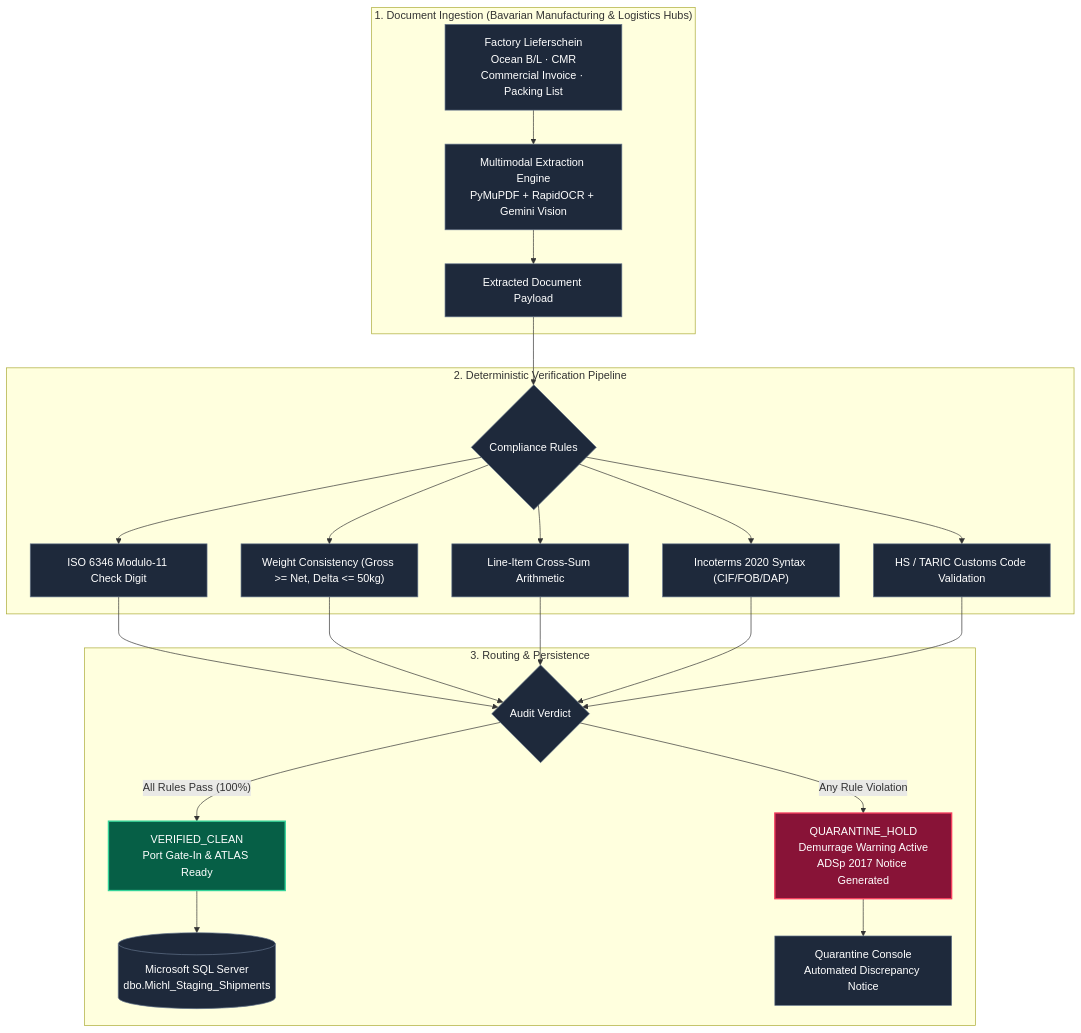
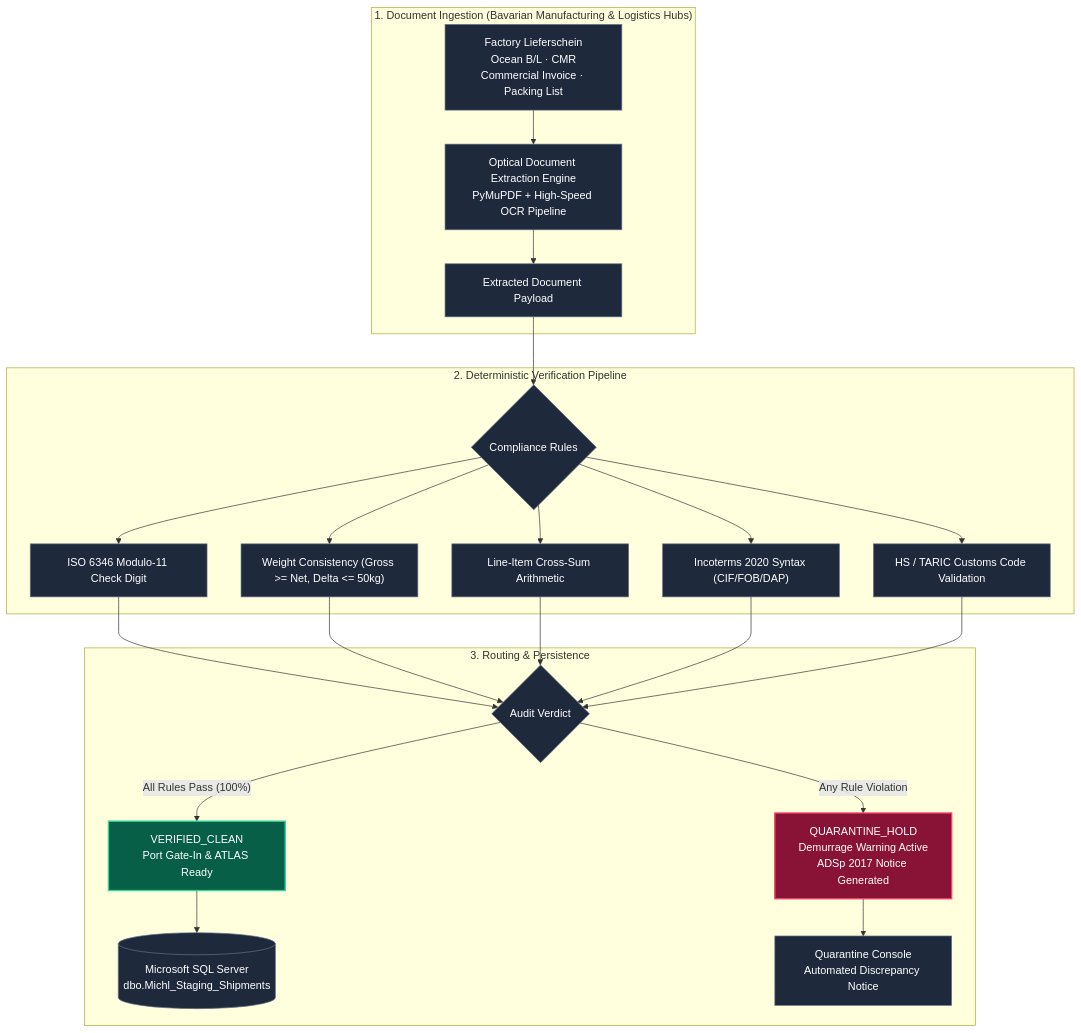
The diagram in README.md (AllenFletcherAI/Michl-Gateway), drawn with Mermaid before and after one commit. The commit also changed other lines of this file and 5 other files, not shown here.

````diff
--- a/README.md
+++ b/README.md
@@ -38,35 +38,35 @@
 ```mermaid
 flowchart TD
     subgraph INTAKE["1. Document Ingestion (Bavarian Manufacturing & Logistics Hubs)"]
-        A["Factory Lieferschein<br/>Ocean B/L · CMR<br/>Commercial Invoice · Packing List"] --> B["Multimodal Extraction Engine<br/>PyMuPDF + RapidOCR + Gemini Vision"]
+        A["Factory Lieferschein<br/>Ocean B/L · CMR<br/>Commercial Invoice · Packing List"] --> B["Optical Document Extraction Engine<br/>PyMuPDF + High-Speed OCR Pipeline"]
         B --> C["Extracted Document Payload"]
     end
 
     subgraph VALIDATION["2. Deterministic Verification Pipeline"]
         C --> D{"Compliance Rules"}
         D --> D1["ISO 6346 Modulo-11 Check Digit"]
         D --> D2["Weight Consistency (Gross >= Net, Delta <= 50kg)"]
         D --> D3["Line-Item Cross-Sum Arithmetic"]
         D --> D4["Incoterms 2020 Syntax (CIF/FOB/DAP)"]
         D --> D5["HS / TARIC Customs Code Validation"]
     end
 
     subgraph DISPATCH["3. Routing & Persistence"]
         D1 --> DECISION{"Audit Verdict"}
         D2 --> DECISION
         D3 --> DECISION
         D4 --> DECISION
         D5 --> DECISION
         DECISION -->|"All Rules Pass (100%)"| E["VERIFIED_CLEAN<br/>Port Gate-In & ATLAS Ready"]
         DECISION -->|"Any Rule Violation"| F["QUARANTINE_HOLD<br/>Demurrage Warning Active<br/>ADSp 2017 Notice Generated"]
         E --> G[("Microsoft SQL Server<br/>dbo.Michl_Staging_Shipments")]
         F --> H["Quarantine Console<br/>Automated Discrepancy Notice"]
     end
 
     classDef clean fill:#065f46,stroke:#34d399,stroke-width:2px,color:#fff;
     classDef hold fill:#881337,stroke:#f43f5e,stroke-width:2px,color:#fff;
     classDef core fill:#1e293b,stroke:#64748b,stroke-width:1px,color:#fff;
     class E clean;
     class F hold;
     class A,B,C,D,D1,D2,D3,D4,D5,DECISION,G,H core;
 ```
````
